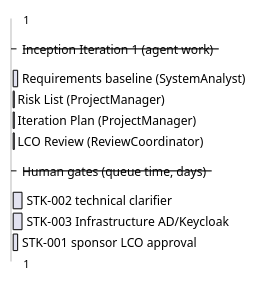
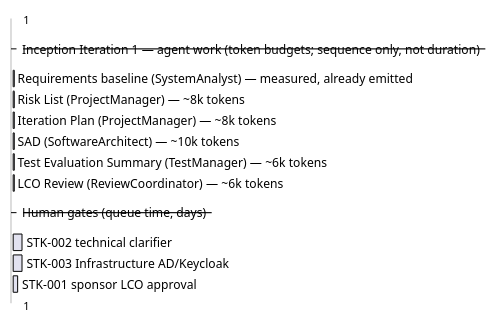
The first of 2 diagrams in docs/artifacts/project-management/iteration-plan.md (banense-test/portal), drawn with PlantUML before and after one commit. The commit also changed other lines of this file, not shown here.

First line of the commit message:
Project Manager [I2]: upsert Iteration Plan

````diff
--- a/docs/artifacts/project-management/iteration-plan.md
+++ b/docs/artifacts/project-management/iteration-plan.md
@@ -31,14 +31,16 @@
 ```plantuml
 @startgantt
 printscale weekly
--- Inception Iteration 1 (agent work) --
-[Requirements baseline (SystemAnalyst)] lasts 2 days
-[Risk List (ProjectManager)] lasts 1 day
-[Iteration Plan (ProjectManager)] lasts 1 day
-[LCO Review (ReviewCoordinator)] lasts 1 day
+-- Inception Iteration 1 — agent work (token budgets; sequence only, not duration) --
+[Requirements baseline (SystemAnalyst) — measured, already emitted] lasts 1 day
+[Risk List (ProjectManager) — ~8k tokens] lasts 1 day
+[Iteration Plan (ProjectManager) — ~8k tokens] lasts 1 day
+[SAD (SoftwareArchitect) — ~10k tokens] lasts 1 day
+[Test Evaluation Summary (TestManager) — ~6k tokens] lasts 1 day
+[LCO Review (ReviewCoordinator) — ~6k tokens] lasts 1 day
 -- Human gates (queue time, days) --
 [STK-002 technical clarifier] lasts 3 days
 [STK-003 Infrastructure AD/Keycloak] lasts 3 days
 [STK-001 sponsor LCO approval] lasts 2 days
 @endgantt
 ```
````
